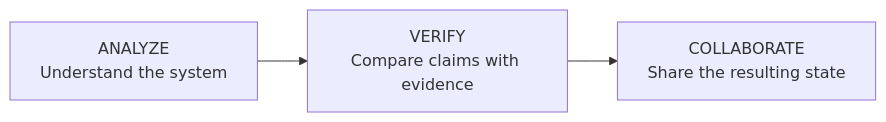
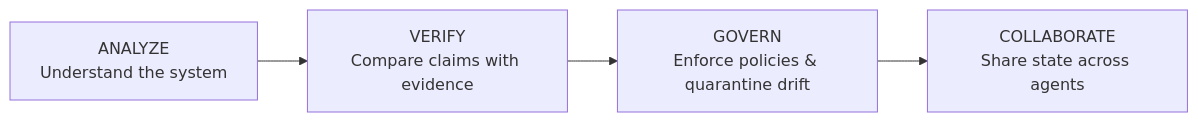
Before and after one commit to myshra777-ai/garuda: the first of 5 diagrams in README.md, drawn with Mermaid. The commit also changed other lines of this file, not shown here.

````diff
--- a/README.md
+++ b/README.md
@@ -211,6 +103,7 @@
 ```mermaid
 flowchart LR
     ANALYZE["ANALYZE<br/>Understand the system"] -->
     VERIFY["VERIFY<br/>Compare claims with evidence"] -->
-    COLLABORATE["COLLABORATE<br/>Share the resulting state"]
+    GOVERN["GOVERN<br/>Enforce policies & quarantine drift"] -->
+    COLLABORATE["COLLABORATE<br/>Share state across agents"]
 ```
````
